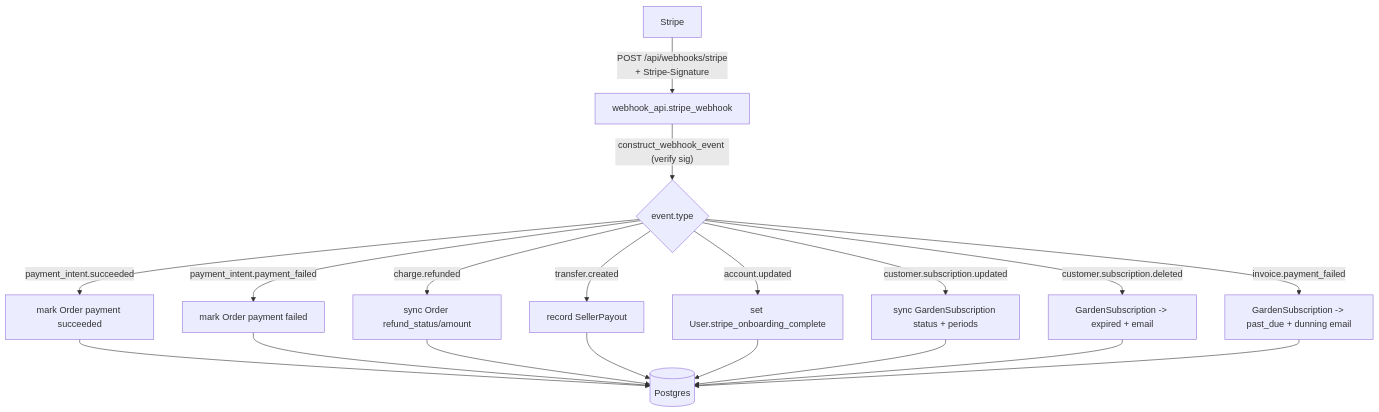
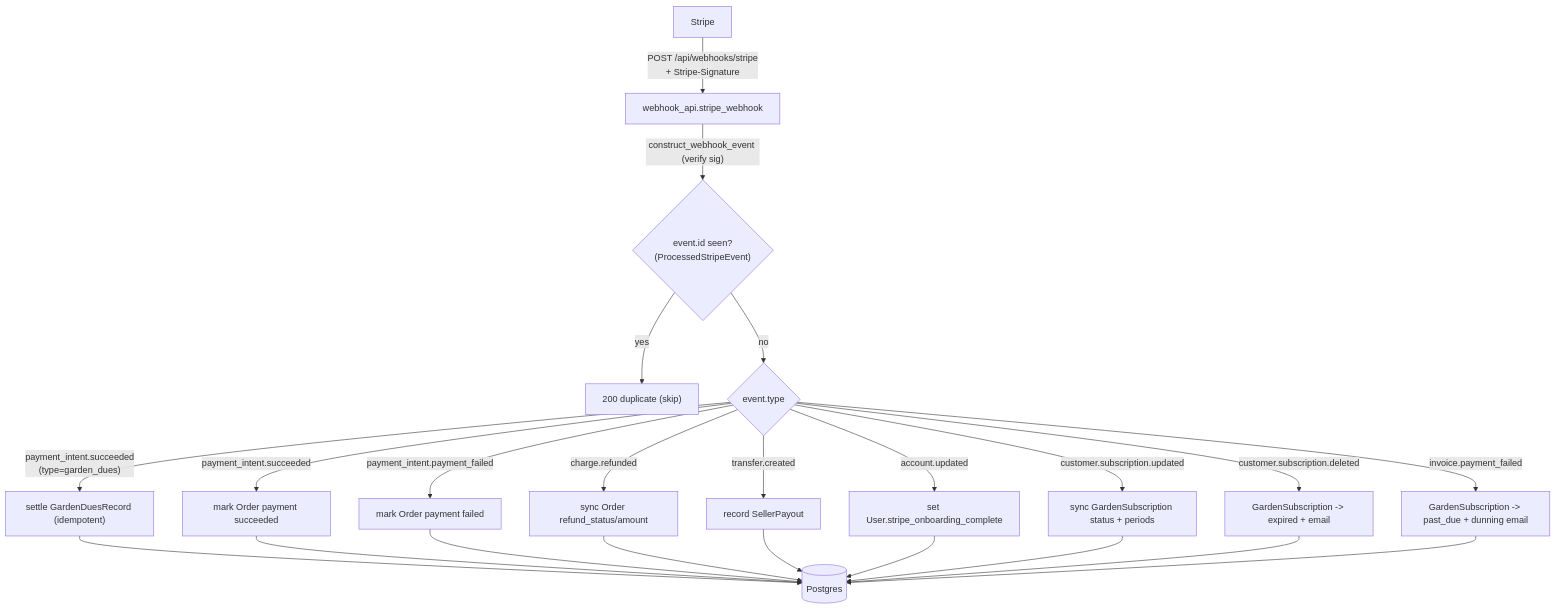
The fourth of 4 diagrams in docs/architecture/05-payments.md (mchine73/yardharvest), drawn with Mermaid before and after one commit. The commit also changed other lines of this file, not shown here.

First line of the commit message:
docs: payments architecture for Express, webhook idempotency, dues guarantee

````diff
--- a/docs/architecture/05-payments.md
+++ b/docs/architecture/05-payments.md
@@ -134,21 +143,25 @@
 ```mermaid
 flowchart TB
     ST["Stripe"] -->|"POST /api/webhooks/stripe<br/>+ Stripe-Signature"| WH["webhook_api.stripe_webhook"]
-    WH -->|"construct_webhook_event (verify sig)"| DISP{"event.type"}
+    WH -->|"construct_webhook_event (verify sig)"| IDEM{"event.id seen?<br/>(ProcessedStripeEvent)"}
+    IDEM -->|yes| SKIP["200 duplicate (skip)"]
+    IDEM -->|no| DISP{"event.type"}
+    DISP -->|"payment_intent.succeeded<br/>(type=garden_dues)"| H0["settle GardenDuesRecord (idempotent)"]
     DISP -->|payment_intent.succeeded| H1["mark Order payment succeeded"]
     DISP -->|payment_intent.payment_failed| H2["mark Order payment failed"]
     DISP -->|charge.refunded| H3["sync Order refund_status/amount"]
     DISP -->|transfer.created| H4["record SellerPayout"]
     DISP -->|account.updated| H5["set User.stripe_onboarding_complete"]
     DISP -->|customer.subscription.updated| H6["sync GardenSubscription status + periods"]
     DISP -->|customer.subscription.deleted| H7["GardenSubscription -> expired + email"]
     DISP -->|invoice.payment_failed| H8["GardenSubscription -> past_due + dunning email"]
-    H1 --> DB[("Postgres")]
+    H0 --> DB[("Postgres")]
+    H1 --> DB
     H2 --> DB
     H3 --> DB
     H4 --> DB
     H5 --> DB
     H6 --> DB
     H7 --> DB
     H8 --> DB
 ```
````
